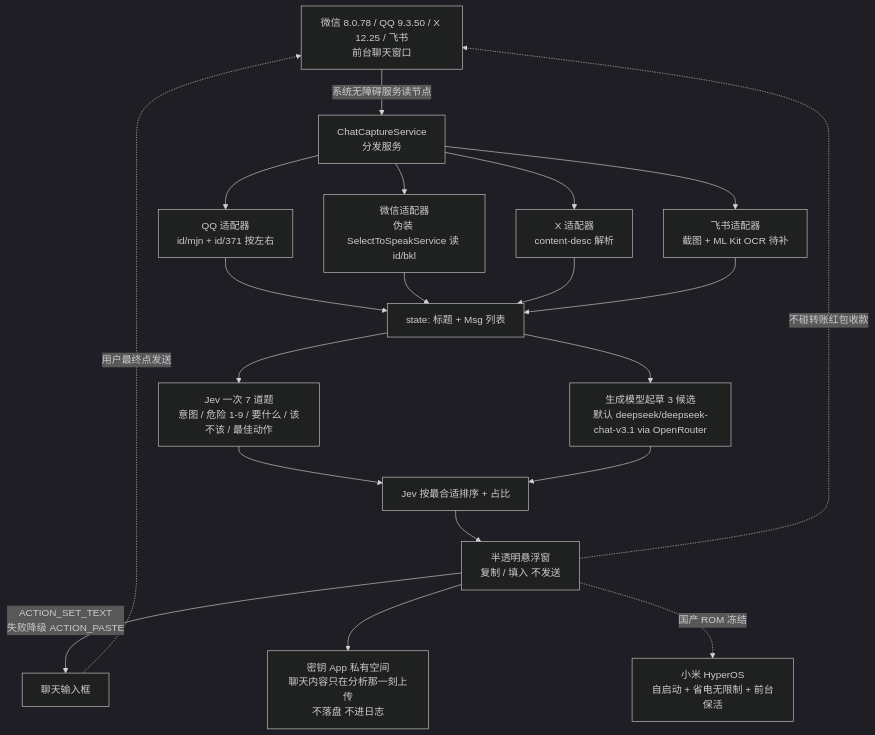
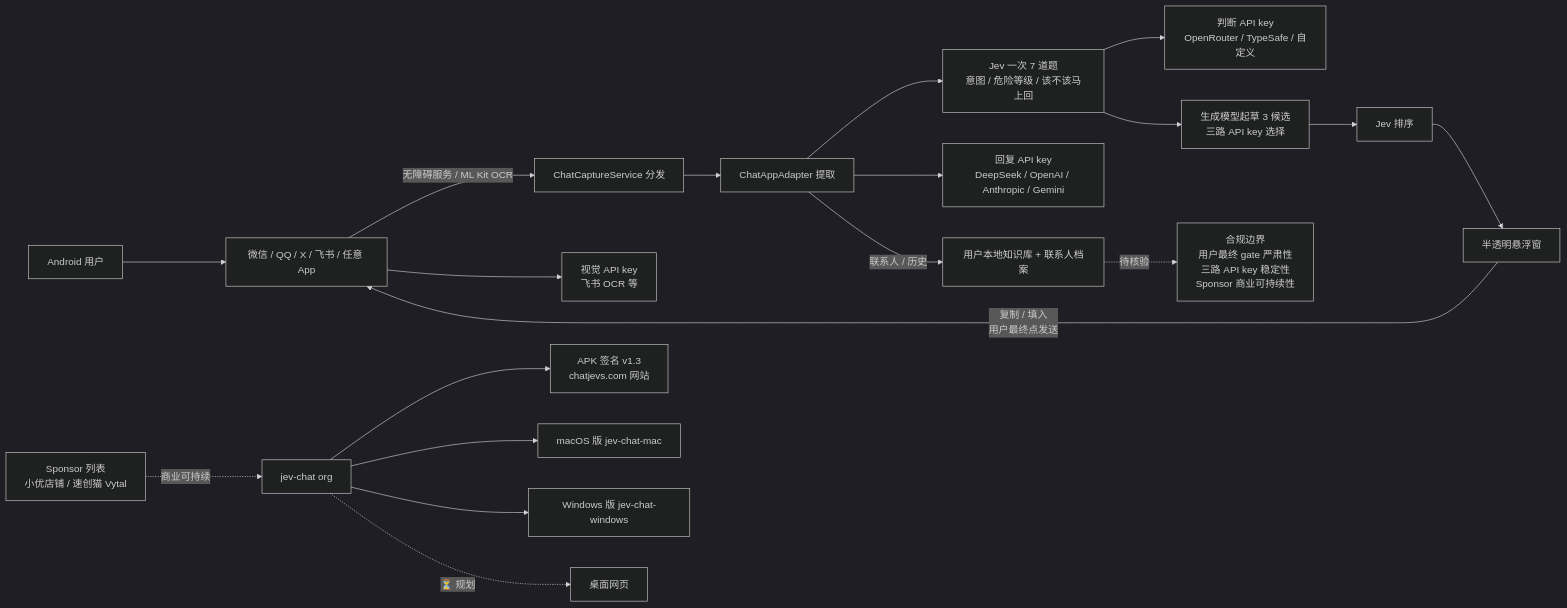
The diagram in projects/jev-chat-jarvis.md (aiutil/github-researcher), drawn with Mermaid (dark theme) before and after one commit. The commit also changed other lines of this file and 20 other files, not shown here.

````diff
--- a/projects/jev-chat-jarvis.md
+++ b/projects/jev-chat-jarvis.md
@@ -64,22 +69,21 @@
 ```mermaid
-flowchart TB
-  Apps[微信 8.0.78 / QQ 9.3.50 / X 12.25 / 飞书<br/>前台聊天窗口] -->|系统无障碍服务读节点| Cap[ChatCaptureService<br/>分发服务]
-  Cap --> QQ[QQ 适配器<br/>id/mjn + id/371 按左右]
-  Cap --> Wechat[微信适配器<br/>伪装 SelectToSpeakService 读 id/bkl]
-  Cap --> X[X 适配器<br/>content-desc 解析]
-  Cap --> Lark[飞书适配器<br/>截图 + ML Kit OCR 待补]
-  QQ --> State[state: 标题 + Msg 列表]
-  Wechat --> State
-  X --> State
-  Lark --> State
-  State --> Jev[Jev 一次 7 道题<br/>意图 / 危险 1-9 / 要什么 / 该不该 / 最佳动作]
-  State --> Gen[生成模型起草 3 候选<br/>默认 deepseek/deepseek-chat-v3.1 via OpenRouter]
-  Jev --> Rank[Jev 按最合适排序 + 占比]
-  Gen --> Rank
-  Rank --> Overlay[半透明悬浮窗<br/>复制 / 填入 不发送]
-  Overlay -->|ACTION_SET_TEXT<br/>失败降级 ACTION_PASTE| Input[聊天输入框]
-  Input -.用户最终点发送.-> Apps
-  Overlay -.不碰转账红包收款.-> Apps
-  Overlay --> Privacy[密钥 App 私有空间<br/>聊天内容只在分析那一刻上传<br/>不落盘 不进日志]
-  Overlay -.国产 ROM 冻结.-> ROMFix[小米 HyperOS<br/>自启动 + 省电无限制 + 前台保活]
+flowchart LR
+  User[Android 用户] --> ChatApp[微信 / QQ / X / 飞书 / 任意 App]
+  ChatApp -->|无障碍服务 / ML Kit OCR| ChatCapture[ChatCaptureService 分发]
+  ChatCapture --> Adapter[ChatAppAdapter 提取]
+  Adapter --> Jev[Jev 一次 7 道题<br/>意图 / 危险等级 / 该不该马上回]
+  Jev --> API1[判断 API key<br/>OpenRouter / TypeSafe / 自定义]
+  Adapter --> API2[回复 API key<br/>DeepSeek / OpenAI / Anthropic / Gemini]
+  ChatApp --> API3[视觉 API key<br/>飞书 OCR 等]
+  Jev --> Drafter[生成模型起草 3 候选<br/>三路 API key 选择]
+  Drafter --> Sort[Jev 排序]
+  Sort --> Overlay[半透明悬浮窗]
+  Overlay -->|复制 / 填入<br/>用户最终点发送| ChatApp
+  Adapter -->|联系人 / 历史| KB[用户本地知识库 + 联系人档案]
+  Sponsor[Sponsor 列表<br/>小优店铺 / 速创猫 Vytal] -.商业可持续.-> jevchat[jev-chat org]
+  jevchat --> APK[APK 签名 v1.3<br/>chatjevs.com 网站]
+  jevchat --> Mac[macOS 版 jev-chat-mac]
+  jevchat --> Win[Windows 版 jev-chat-windows]
+  jevchat -.⏳ 规划.-> Web[桌面网页]
+  KB -.待核验.-> Risk[合规边界<br/>用户最终 gate 严肃性<br/>三路 API key 稳定性<br/>Sponsor 商业可持续性]
 ```
````
